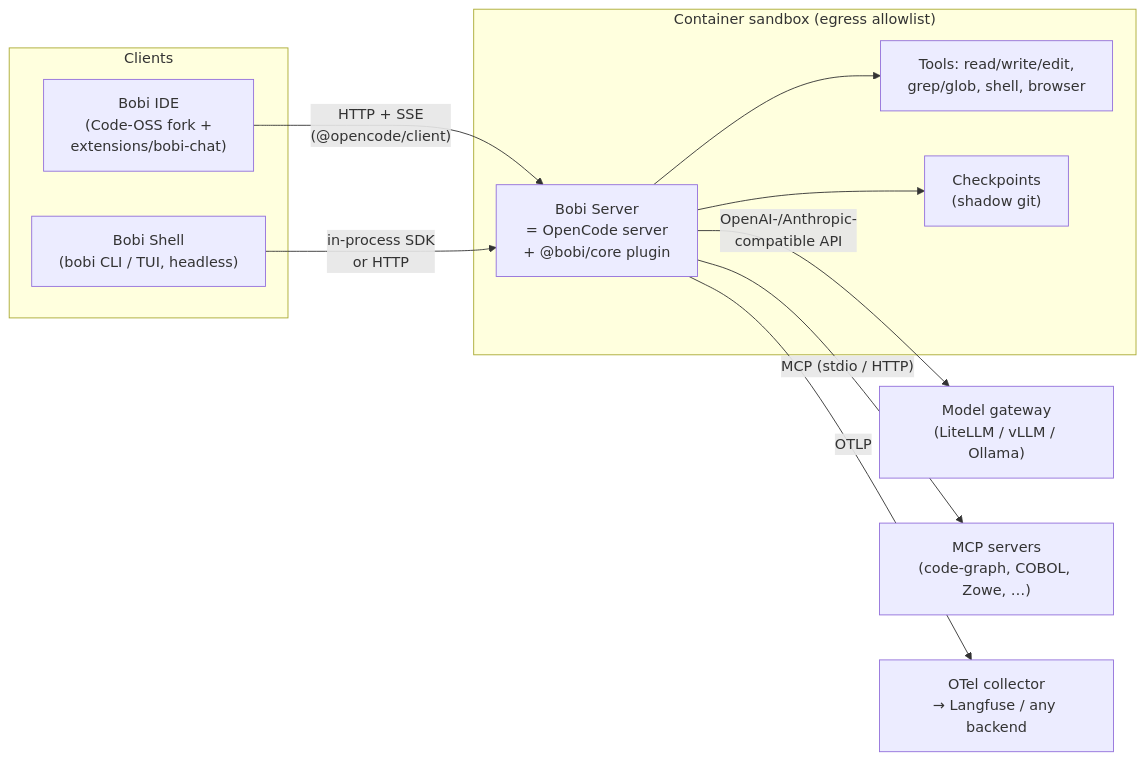
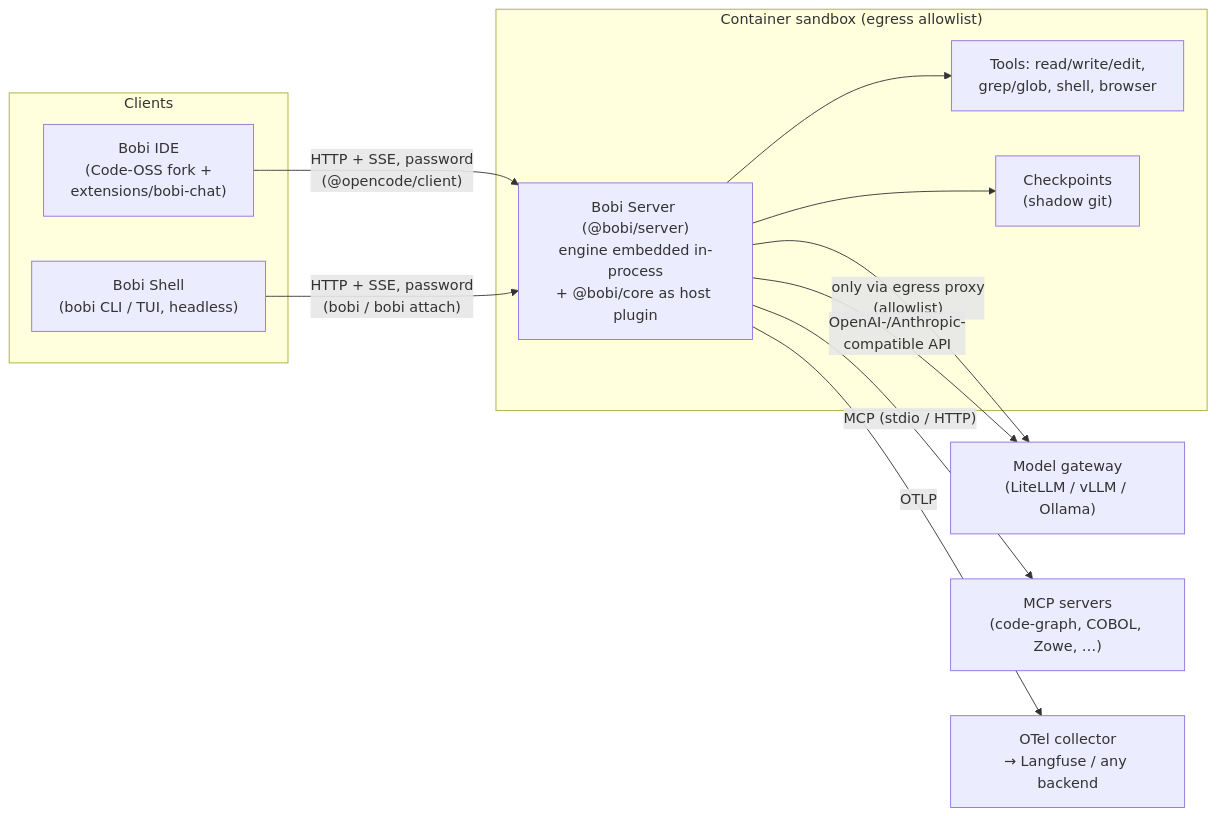
Before and after one commit to weski17/bobi: the diagram in docs/ARCHITECTURE.md, drawn with Mermaid. The commit also changed other lines of this file and 4 other files, not shown here.

````diff
--- a/docs/ARCHITECTURE.md
+++ b/docs/ARCHITECTURE.md
@@ -8,21 +8,22 @@
 ```mermaid
 flowchart LR
   subgraph Clients
     IDE["Bobi IDE<br/>(Code-OSS fork +<br/>extensions/bobi-chat)"]
     SHELL["Bobi Shell<br/>(bobi CLI / TUI, headless)"]
   end
 
   subgraph Sandbox["Container sandbox (egress allowlist)"]
-    SERVER["Bobi Server<br/>= OpenCode server<br/>+ @bobi/core plugin"]
+    SERVER["Bobi Server (@bobi/server)<br/>engine embedded in-process<br/>+ @bobi/core as host plugin"]
     TOOLS["Tools: read/write/edit,<br/>grep/glob, shell, browser"]
     SNAP["Checkpoints<br/>(shadow git)"]
     SERVER --> TOOLS
     SERVER --> SNAP
   end
 
-  IDE -- "HTTP + SSE<br/>(@opencode/client)" --> SERVER
-  SHELL -- "in-process SDK<br/>or HTTP" --> SERVER
+  IDE -- "HTTP + SSE, password<br/>(@opencode/client)" --> SERVER
+  SHELL -- "HTTP + SSE, password<br/>(bobi / bobi attach)" --> SERVER
+  SERVER -- "only via egress proxy<br/>(allowlist)" --> GW
   SERVER -- "OpenAI-/Anthropic-<br/>compatible API" --> GW["Model gateway<br/>(LiteLLM / vLLM / Ollama)"]
   SERVER -- "MCP (stdio / HTTP)" --> MCP["MCP servers<br/>(code-graph, COBOL, Zowe, …)"]
   SERVER -- "OTLP" --> OTEL["OTel collector<br/>→ Langfuse / any backend"]
 ```
````
